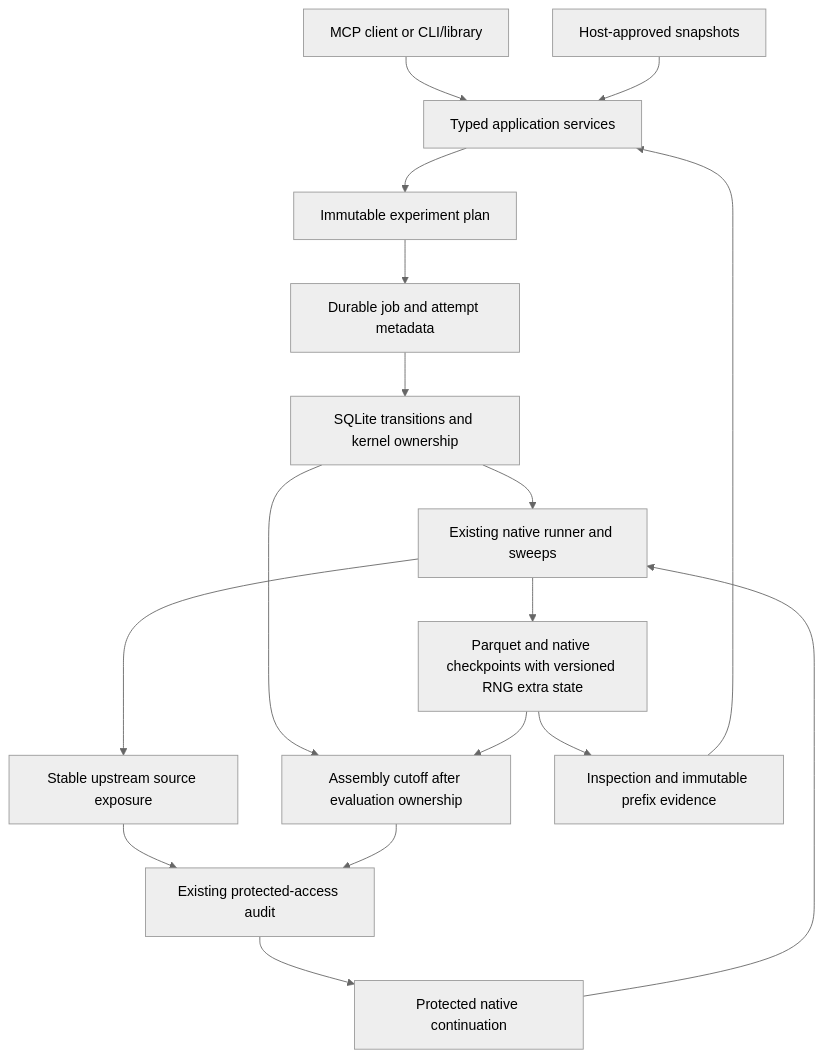
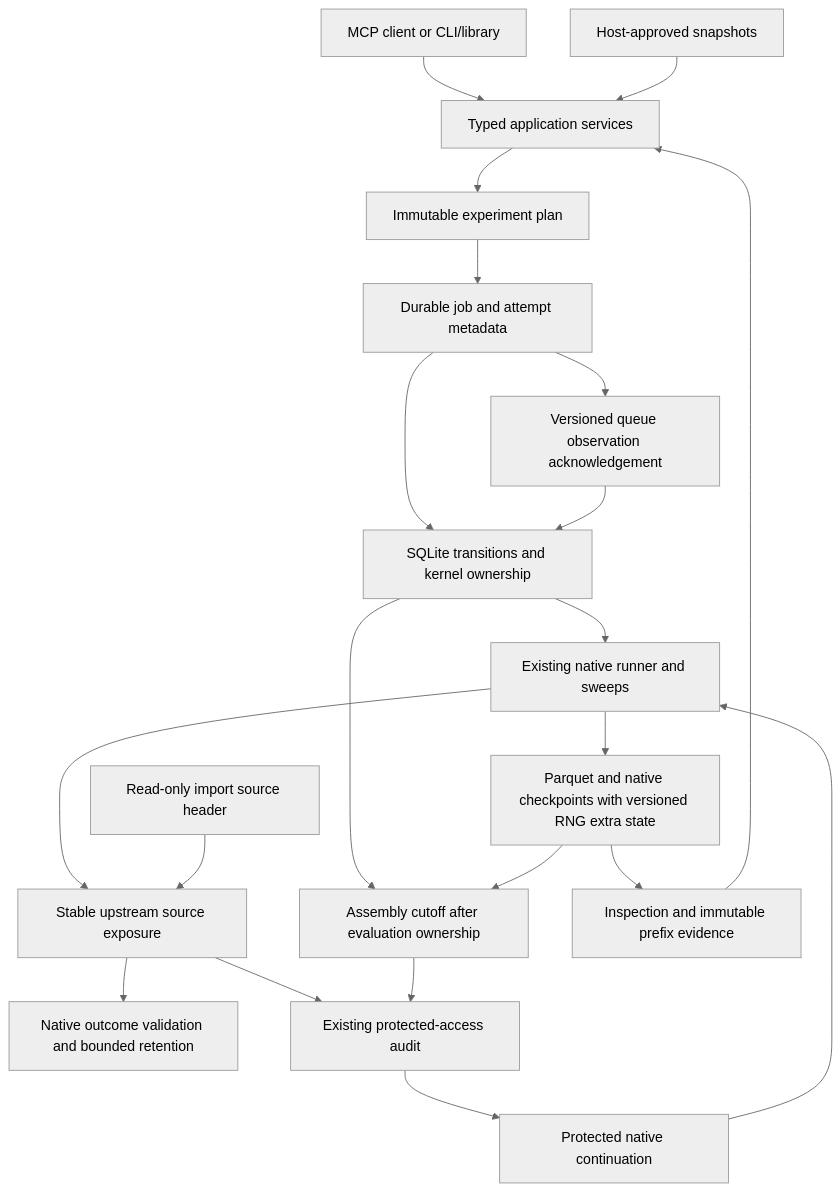
The first of 2 diagrams in docs/workflow-contracts.md (jacksonpradolima/coleman4hcs), drawn with Mermaid (neutral theme) before and after one commit. The commit also changed 8 other files, not shown here.

Commit message:
fix: acknowledge durable queues and reserve bounded import exposure

````diff
--- a/docs/workflow-contracts.md
+++ b/docs/workflow-contracts.md
@@ -79,19 +79,23 @@
 ```mermaid
 flowchart TD
     Client[MCP client or CLI/library] --> App[Typed application services]
     Registry[Host-approved snapshots] --> App
     App --> Plan[Immutable experiment plan]
     Plan --> Jobs[Durable job and attempt metadata]
     Jobs --> Ownership[SQLite transitions and kernel ownership]
+    Jobs --> Ack[Versioned queue observation acknowledgement]
+    Ack --> Ownership
     Ownership --> Runner[Existing native runner and sweeps]
     Runner --> Store[Parquet and native checkpoints with versioned RNG extra state]
     Runner --> Exposure[Stable upstream source exposure]
+    Import[Read-only import source header] --> Exposure
+    Exposure --> Decode[Native outcome validation and bounded retention]
     Exposure --> Audit[Existing protected-access audit]
     Ownership --> Window[Assembly cutoff after evaluation ownership]
     Store --> Window
     Window --> Audit
     Audit --> Continuation[Protected native continuation]
     Continuation --> Runner
     Store --> Evidence[Inspection and immutable prefix evidence]
     Evidence --> App
 ```
````
